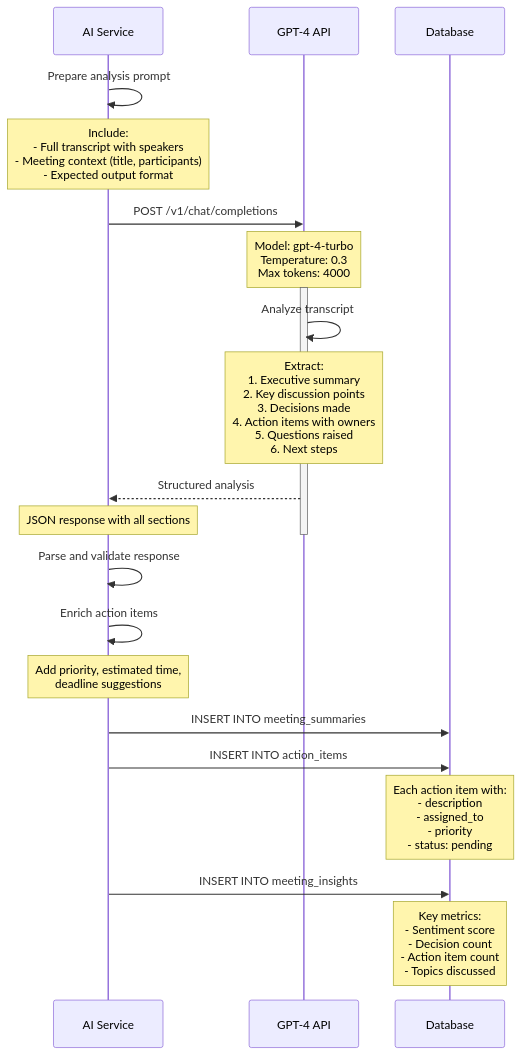
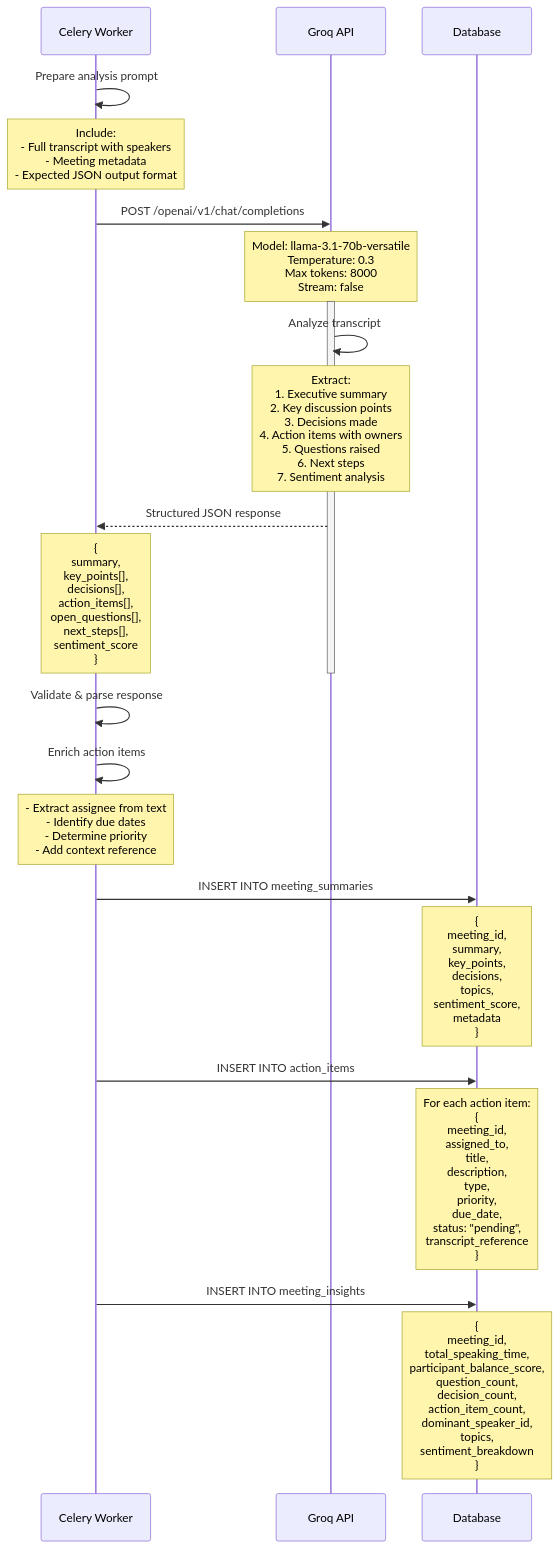
The third of 6 diagrams in docs/04-ai-analysis-flow.md (meeting-assistant-team/meeting-assistant), drawn with Mermaid before and after one commit. The commit also changed other lines of this file and 17 other files, not shown here.

````diff
--- a/docs/04-ai-analysis-flow.md
+++ b/docs/04-ai-analysis-flow.md
@@ -166,31 +279,33 @@
 ```mermaid
 sequenceDiagram
-    participant AI as AI Service
-    participant G as GPT-4 API
+    participant CW as Celery Worker
+    participant GQ as Groq API
     participant DB as Database
     
-    AI->>AI: Prepare analysis prompt
-    Note over AI: Include:<br/>- Full transcript with speakers<br/>- Meeting context (title, participants)<br/>- Expected output format
+    CW->>CW: Prepare analysis prompt
+    Note over CW: Include:<br/>- Full transcript with speakers<br/>- Meeting metadata<br/>- Expected JSON output format
     
-    AI->>G: POST /v1/chat/completions
-    Note over G: Model: gpt-4-turbo<br/>Temperature: 0.3<br/>Max tokens: 4000
+    CW->>GQ: POST /openai/v1/chat/completions
+    Note over GQ: Model: llama-3.1-70b-versatile<br/>Temperature: 0.3<br/>Max tokens: 8000<br/>Stream: false
     
-    activate G
-    G->>G: Analyze transcript
-    Note over G: Extract:<br/>1. Executive summary<br/>2. Key discussion points<br/>3. Decisions made<br/>4. Action items with owners<br/>5. Questions raised<br/>6. Next steps
+    activate GQ
+    GQ->>GQ: Analyze transcript
+    Note over GQ: Extract:<br/>1. Executive summary<br/>2. Key discussion points<br/>3. Decisions made<br/>4. Action items with owners<br/>5. Questions raised<br/>6. Next steps<br/>7. Sentiment analysis
     
-    G-->>AI: Structured analysis
-    Note over AI: JSON response with all sections
-    deactivate G
+    GQ-->>CW: Structured JSON response
+    Note over CW: {<br/>  summary,<br/>  key_points[],<br/>  decisions[],<br/>  action_items[],<br/>  open_questions[],<br/>  next_steps[],<br/>  sentiment_score<br/>}
+    deactivate GQ
     
-    AI->>AI: Parse and validate response
-    AI->>AI: Enrich action items
-    Note over AI: Add priority, estimated time,<br/>deadline suggestions
+    CW->>CW: Validate & parse response
+    CW->>CW: Enrich action items
+    Note over CW: - Extract assignee from text<br/>- Identify due dates<br/>- Determine priority<br/>- Add context reference
     
-    AI->>DB: INSERT INTO meeting_summaries
-    AI->>DB: INSERT INTO action_items
-    Note over DB: Each action item with:<br/>- description<br/>- assigned_to<br/>- priority<br/>- status: pending
+    CW->>DB: INSERT INTO meeting_summaries
+    Note over DB: {<br/>  meeting_id,<br/>  summary,<br/>  key_points,<br/>  decisions,<br/>  topics,<br/>  sentiment_score,<br/>  metadata<br/>}
     
-    AI->>DB: INSERT INTO meeting_insights
-    Note over DB: Key metrics:<br/>- Sentiment score<br/>- Decision count<br/>- Action item count<br/>- Topics discussed
+    CW->>DB: INSERT INTO action_items
+    Note over DB: For each action item:<br/>{<br/>  meeting_id,<br/>  assigned_to,<br/>  title,<br/>  description,<br/>  type,<br/>  priority,<br/>  due_date,<br/>  status: "pending",<br/>  transcript_reference<br/>}
+    
+    CW->>DB: INSERT INTO meeting_insights
+    Note over DB: {<br/>  meeting_id,<br/>  total_speaking_time,<br/>  participant_balance_score,<br/>  question_count,<br/>  decision_count,<br/>  action_item_count,<br/>  dominant_speaker_id,<br/>  topics,<br/>  sentiment_breakdown<br/>}
 ```
````
